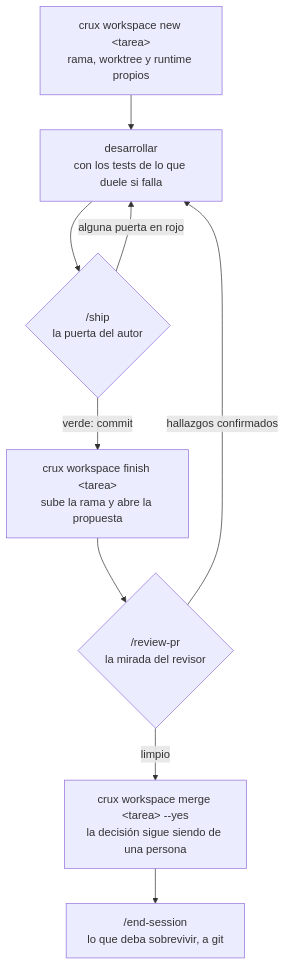
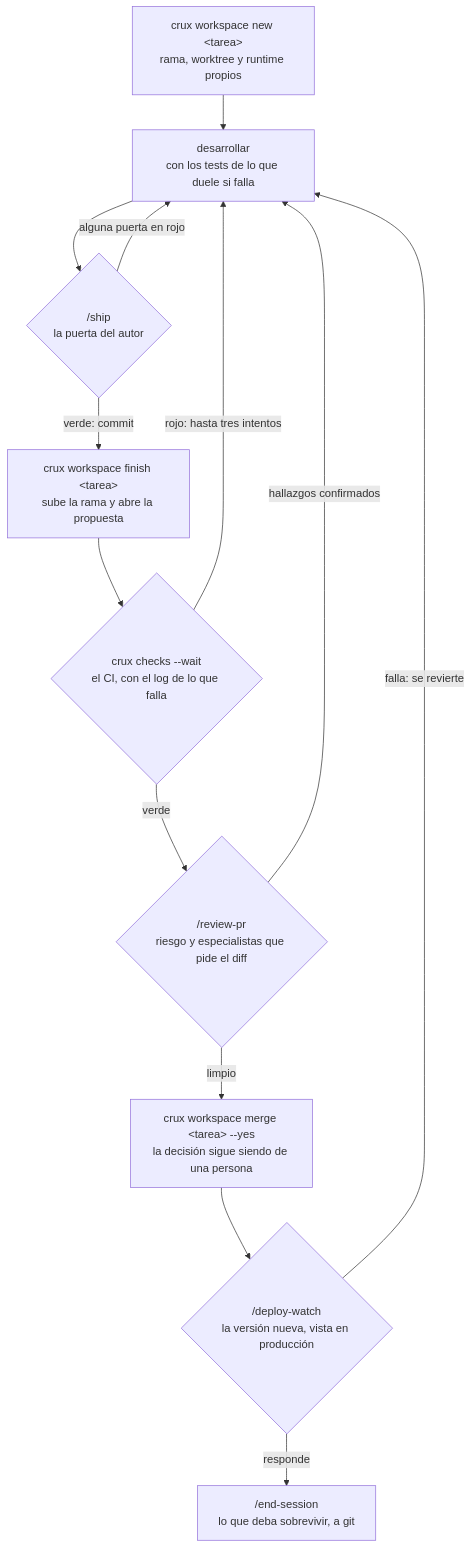
Before and after one commit to jocarrd/crux-agents: the diagram in README.md, drawn with Mermaid. The commit also changed other lines of this file and 20 other files, not shown here.

````diff
--- a/README.md
+++ b/README.md
@@ -131,11 +131,15 @@
 ```mermaid
 flowchart TD
     A["crux workspace new &lt;tarea&gt;<br/>rama, worktree y runtime propios"] --> B["desarrollar<br/>con los tests de lo que duele si falla"]
     B --> C{"/ship<br/>la puerta del autor"}
     C -- "alguna puerta en rojo" --> B
     C -- "verde: commit" --> D["crux workspace finish &lt;tarea&gt;<br/>sube la rama y abre la propuesta"]
-    D --> E{"/review-pr<br/>la mirada del revisor"}
+    D --> CI{"crux checks --wait<br/>el CI, con el log de lo que falla"}
+    CI -- "rojo: hasta tres intentos" --> B
+    CI -- "verde" --> E{"/review-pr<br/>riesgo y especialistas que pide el diff"}
     E -- "hallazgos confirmados" --> B
     E -- "limpio" --> F["crux workspace merge &lt;tarea&gt; --yes<br/>la decisión sigue siendo de una persona"]
-    F --> G["/end-session<br/>lo que deba sobrevivir, a git"]
+    F --> W{"/deploy-watch<br/>la versión nueva, vista en producción"}
+    W -- "falla: se revierte" --> B
+    W -- "responde" --> G["/end-session<br/>lo que deba sobrevivir, a git"]
 ```
````
